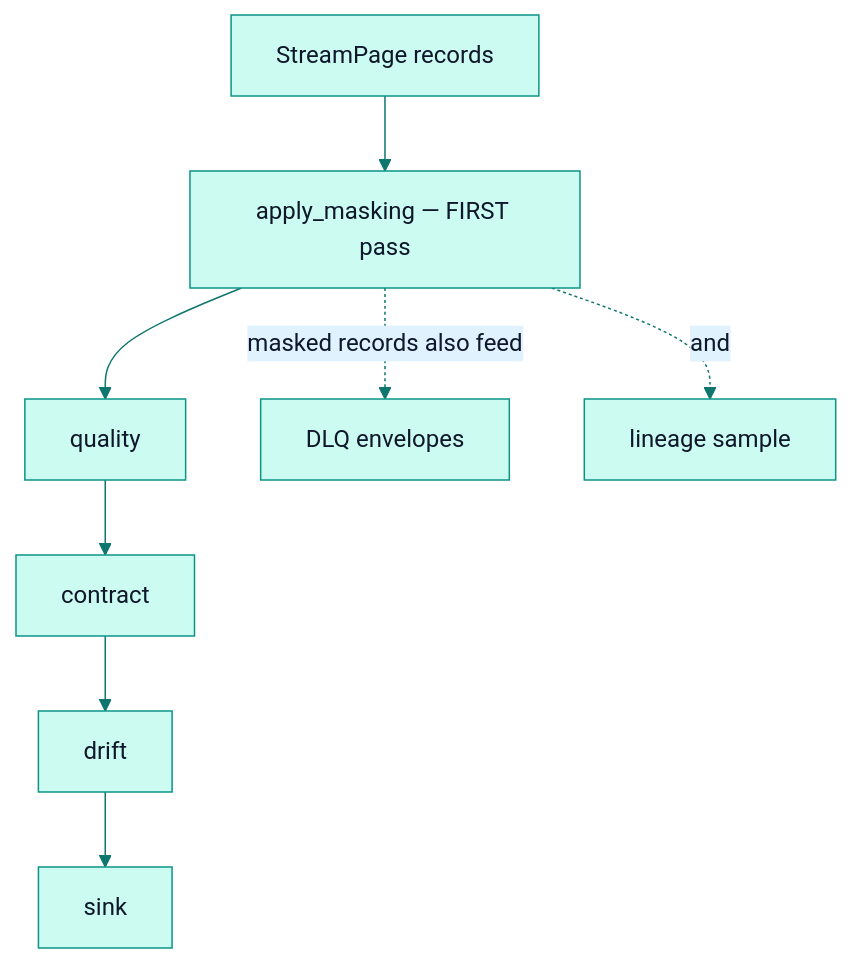
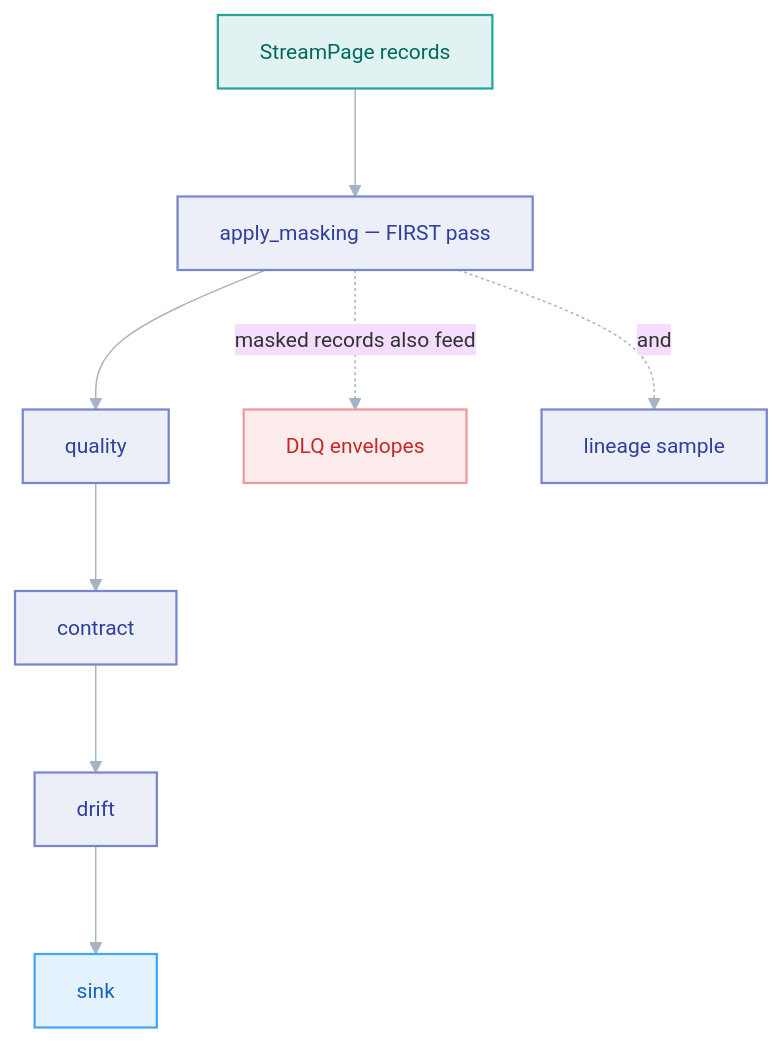
One commit to PawanSikawat/faucet-stream changed the diagram in docs/architecture/masking.md. Above: the diagram before and after it, drawn with Mermaid. The commit also changed 28 other files, not shown here.

First line of the commit message:
docs: upgrade Mermaid diagrams to V2 role-coded style

````diff
--- a/docs/architecture/masking.md
+++ b/docs/architecture/masking.md
@@ -42,11 +42,19 @@
 ```mermaid
-%%{init: {'theme':'base','themeVariables':{'primaryColor':'#ccfbf1','primaryTextColor':'#0f172a','primaryBorderColor':'#0d9488','lineColor':'#0f766e','secondaryColor':'#e0f2fe','tertiaryColor':'#f0fdfa','fontFamily':'-apple-system,BlinkMacSystemFont,Segoe UI,sans-serif'}}}%%
+%%{init: {'theme':'base','flowchart':{'curve':'basis','nodeSpacing':50,'rankSpacing':72,'padding':14},'themeVariables':{'fontFamily':'-apple-system,BlinkMacSystemFont,Segoe UI,sans-serif','fontSize':'14px','lineColor':'#a5b4c4','clusterBkg':'#f8fafc','clusterBorder':'#e2e8f0'}}}%%
 flowchart TD
     PG[StreamPage records] --> MASK[apply_masking — FIRST pass]
     MASK --> Q[quality]
     Q --> C[contract]
     C --> D[drift]
     D --> SNK[sink]
     MASK -.masked records also feed.-> DLQ[DLQ envelopes]
     MASK -.and.-> LIN[lineage sample]
+    classDef src fill:#e0f2f1,stroke:#26a69a,stroke-width:1.5px,color:#00695c
+    classDef proc fill:#eceff8,stroke:#7986cb,stroke-width:1.5px,color:#303f9f
+    classDef bad fill:#fdecec,stroke:#ef9a9a,stroke-width:1.5px,color:#c62828
+    classDef sink fill:#e3f2fd,stroke:#42a5f5,stroke-width:1.5px,color:#1565c0
+    class PG src
+    class MASK,Q,C,D,LIN proc
+    class DLQ bad
+    class SNK sink
 ```
````
